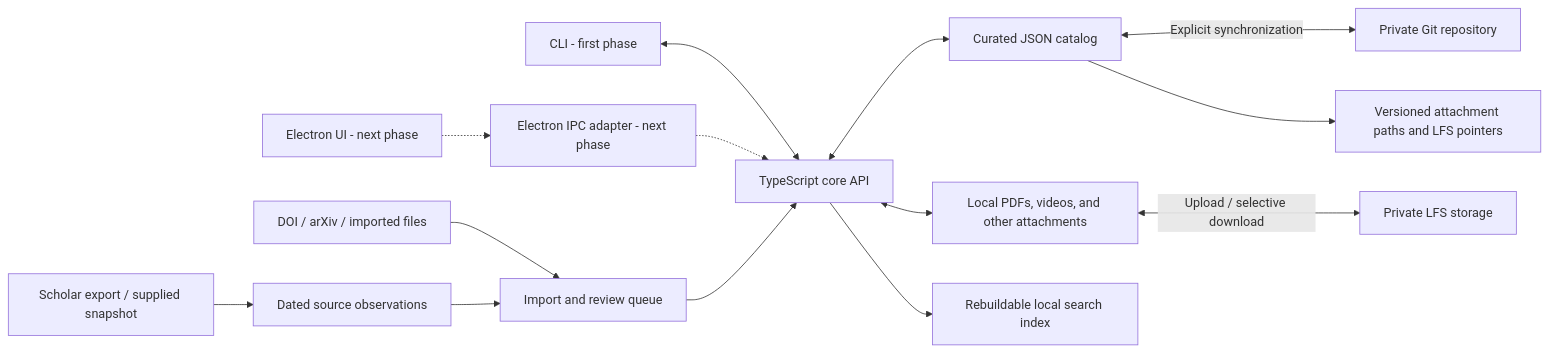
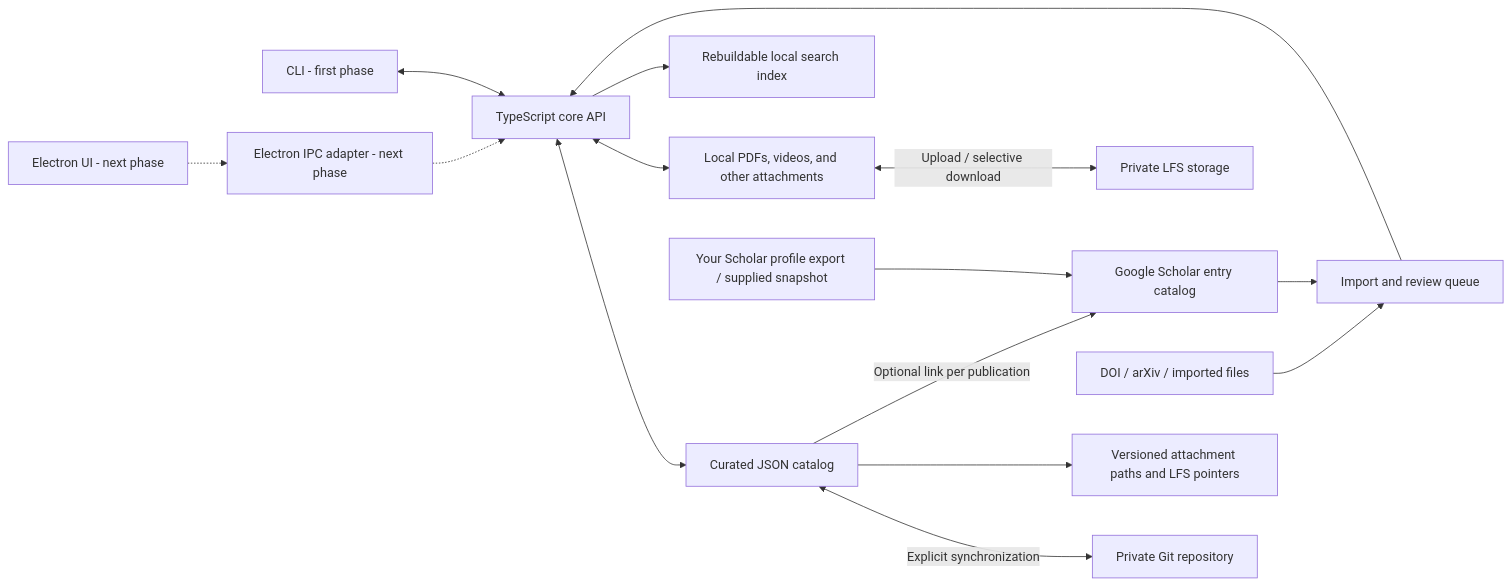
Before and after one commit to lindahua/MyPub: the diagram in DESIGN.md, drawn with Mermaid. The commit also changed other lines of this file, not shown here.

Commit message:
docs: revise catalog entities and readable repository layout

````diff
--- a/DESIGN.md
+++ b/DESIGN.md
@@ -19,16 +19,17 @@
 ```mermaid
 flowchart LR
     CLI[CLI - first phase] <--> APP[TypeScript core API]
     UI[Electron UI - next phase] -.-> BRIDGE[Electron IPC adapter - next phase]
     BRIDGE -.-> APP
     APP <--> CAT[Curated JSON catalog]
     CAT <-->|Explicit synchronization| REMOTE[Private Git repository]
     APP <--> FILES[Local PDFs, videos, and other attachments]
     FILES <-->|Upload / selective download| LFS[Private LFS storage]
     CAT --> POINTERS[Versioned attachment paths and LFS pointers]
     APP --> INDEX[Rebuildable local search index]
     SOURCES[DOI / arXiv / imported files] --> REVIEW[Import and review queue]
     REVIEW --> APP
-    SCHOLAR[Scholar export / supplied snapshot] --> OBS[Dated source observations]
-    OBS --> REVIEW
+    SCHOLAR[Your Scholar profile export / supplied snapshot] --> GS[Google Scholar entry catalog]
+    GS --> REVIEW
+    CAT -->|Optional link per publication| GS
 ```
````
